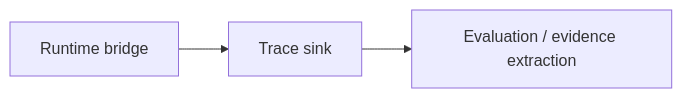
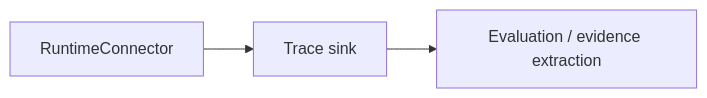
Before and after one commit to openboa-ai/ouroboros: the second of 2 diagrams in wiki/architecture/specs/09-trace-contract.md, drawn with Mermaid. The commit also changed other lines of this file and 306 other files, not shown here.

````diff
--- a/wiki/architecture/specs/09-trace-contract.md
+++ b/wiki/architecture/specs/09-trace-contract.md
@@ -105,5 +106,5 @@
 ```mermaid
 flowchart LR
-    A["Runtime bridge"] --> B["Trace sink"]
+    A["RuntimeConnector"] --> B["Trace sink"]
     B --> C["Evaluation / evidence extraction"]
 ```
````
